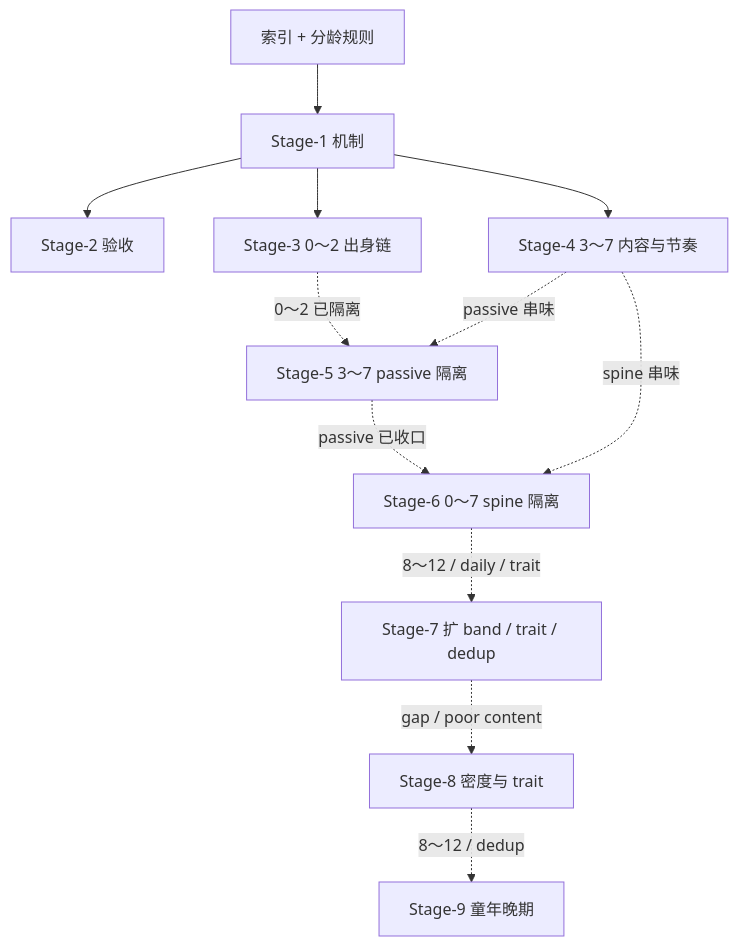
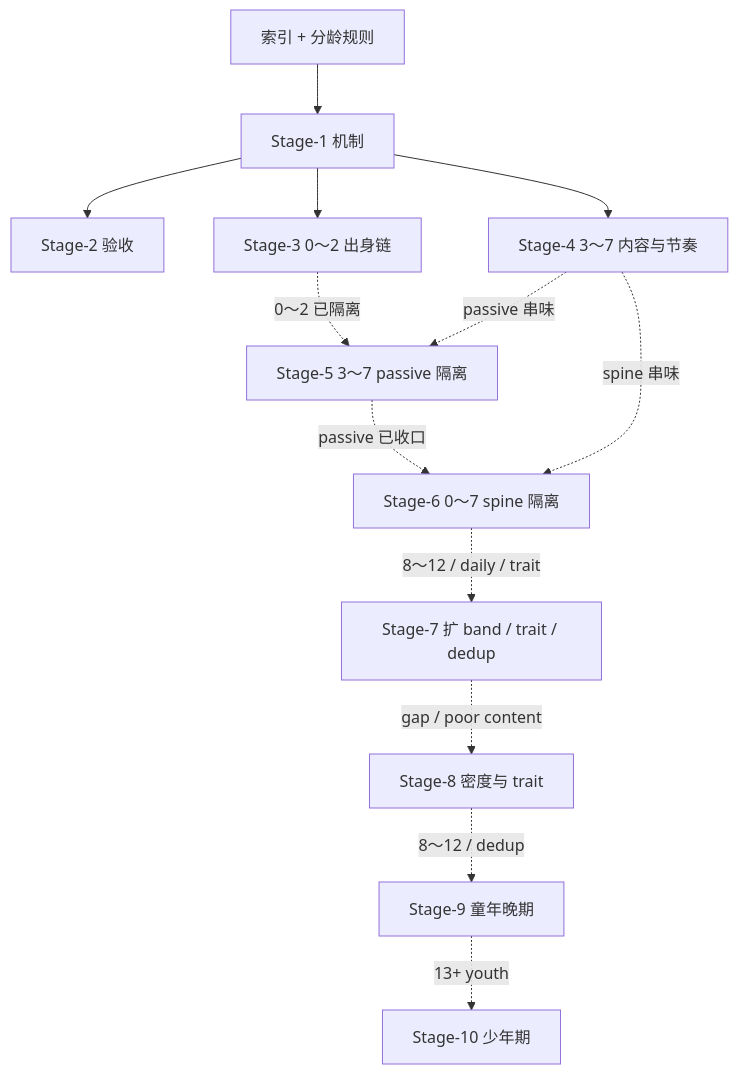
The diagram in docs/PRD/early-childhood-opening-experience-index.md (molibaby1/wuxia-life), drawn with Mermaid before and after one commit. The commit also changed other lines of this file, not shown here.

First line of the commit message:
docs: mark Stage-10 implemented in opening experience index

````diff
--- a/docs/PRD/early-childhood-opening-experience-index.md
+++ b/docs/PRD/early-childhood-opening-experience-index.md
@@ -38,23 +40,24 @@
 ```mermaid
 flowchart TB
   IDX[索引 + 分龄规则]
   S1[Stage-1 机制]
   S2[Stage-2 验收]
   S3[Stage-3 0～2 出身链]
   S4[Stage-4 3～7 内容与节奏]
   S5[Stage-5 3～7 passive 隔离]
   S6[Stage-6 0～7 spine 隔离]
   S7[Stage-7 扩 band / trait / dedup]
 
   IDX --> S1
   S1 --> S2
   S1 --> S3
   S1 --> S4
   S3 -.->|0～2 已隔离| S5
   S4 -.->|passive 串味| S5
   S4 -.->|spine 串味| S6
   S5 -.->|passive 已收口| S6
   S6 -.->|8～12 / daily / trait| S7
   S7 -.->|gap / poor content| S8[Stage-8 密度与 trait]
   S8 -.->|8～12 / dedup| S9[Stage-9 童年晚期]
+  S9 -.->|13+ youth| S10[Stage-10 少年期]
 ```
````
